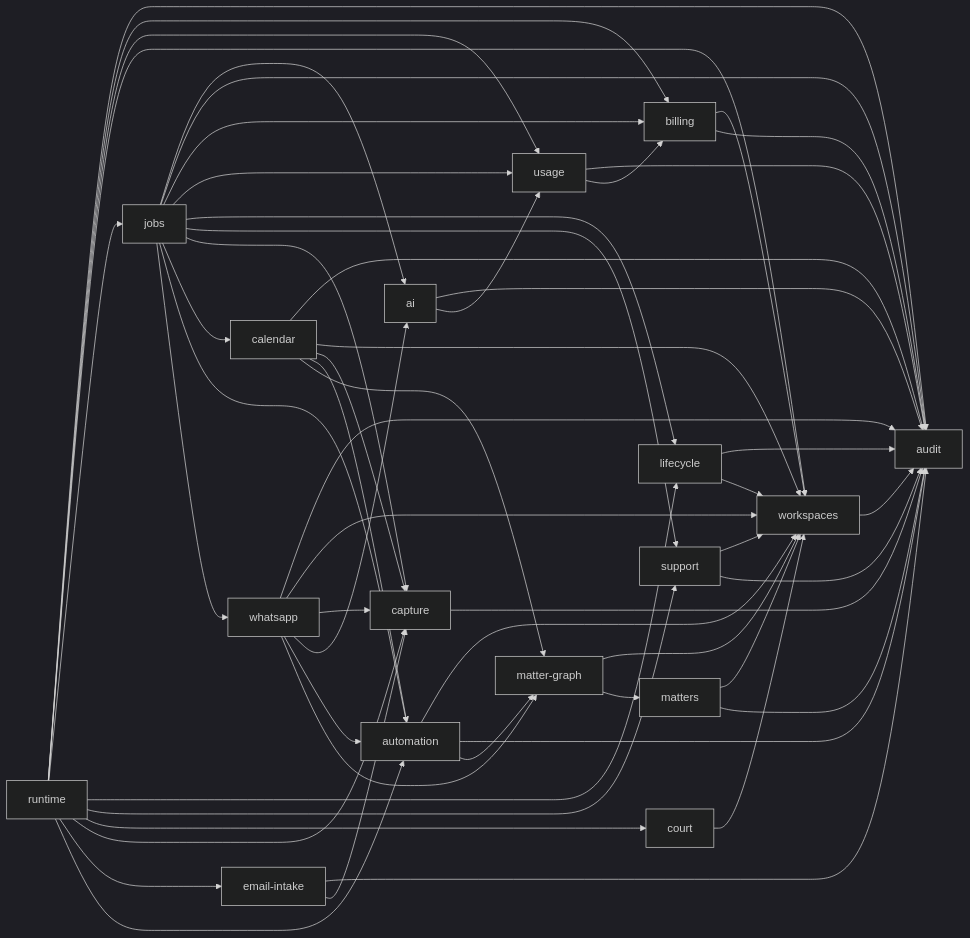
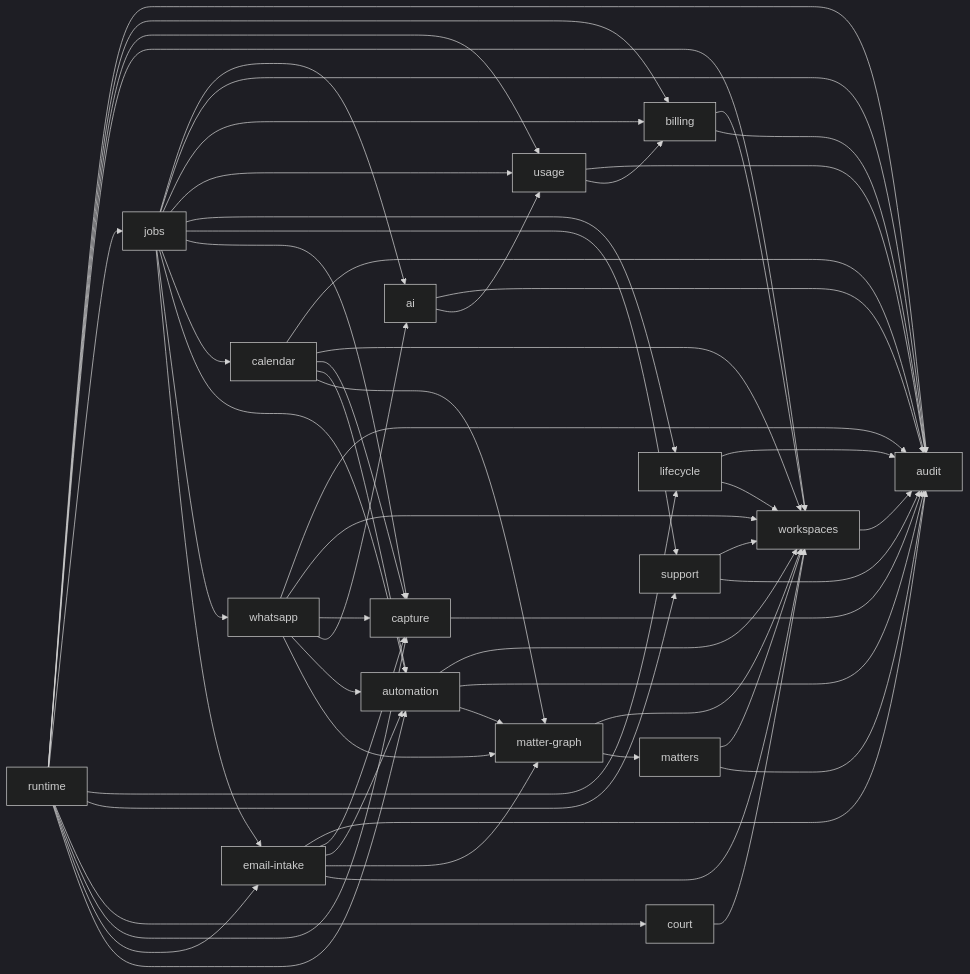
Before and after one commit to RapierCraftStudios/causedeck: the diagram in docs/engineering/core-domains.md, drawn with Mermaid (dark theme). The commit also changed other lines of this file and 41 other files, not shown here.

Commit message:
feat(api,worker): inbound email webhook, providers and email.intake job (#54 part 3) (#530)

````diff
--- a/docs/engineering/core-domains.md
+++ b/docs/engineering/core-domains.md
@@ -64,57 +64,61 @@
 ```mermaid
 graph LR
   workspaces --> audit
   matters --> workspaces
   matters --> audit
   court --> workspaces
   matter-graph --> workspaces
   matter-graph --> matters
   automation --> workspaces
   automation --> audit
   automation --> matter-graph
   billing --> workspaces
   billing --> audit
   usage --> audit
   usage --> billing
   ai --> audit
   ai --> usage
   lifecycle --> audit
   lifecycle --> workspaces
   support --> workspaces
   support --> audit
   capture --> audit
   email-intake --> audit
   email-intake --> capture
+  email-intake --> automation
+  email-intake --> matter-graph
+  email-intake --> workspaces
   jobs --> ai
   jobs --> audit
   jobs --> billing
   jobs --> usage
   jobs --> lifecycle
   jobs --> support
   jobs --> capture
   jobs --> calendar
   jobs --> automation
   jobs --> whatsapp
+  jobs --> email-intake
   calendar --> audit
   calendar --> workspaces
   calendar --> capture
   calendar --> automation
   calendar --> matter-graph
   whatsapp --> audit
   whatsapp --> workspaces
   whatsapp --> capture
   whatsapp --> ai
   whatsapp --> automation
   whatsapp --> matter-graph
   runtime --> audit
   runtime --> billing
   runtime --> usage
   runtime --> workspaces
   runtime --> jobs
   runtime --> lifecycle
   runtime --> support
   runtime --> court
   runtime --> capture
   runtime --> email-intake
   runtime --> automation
 ```
````
